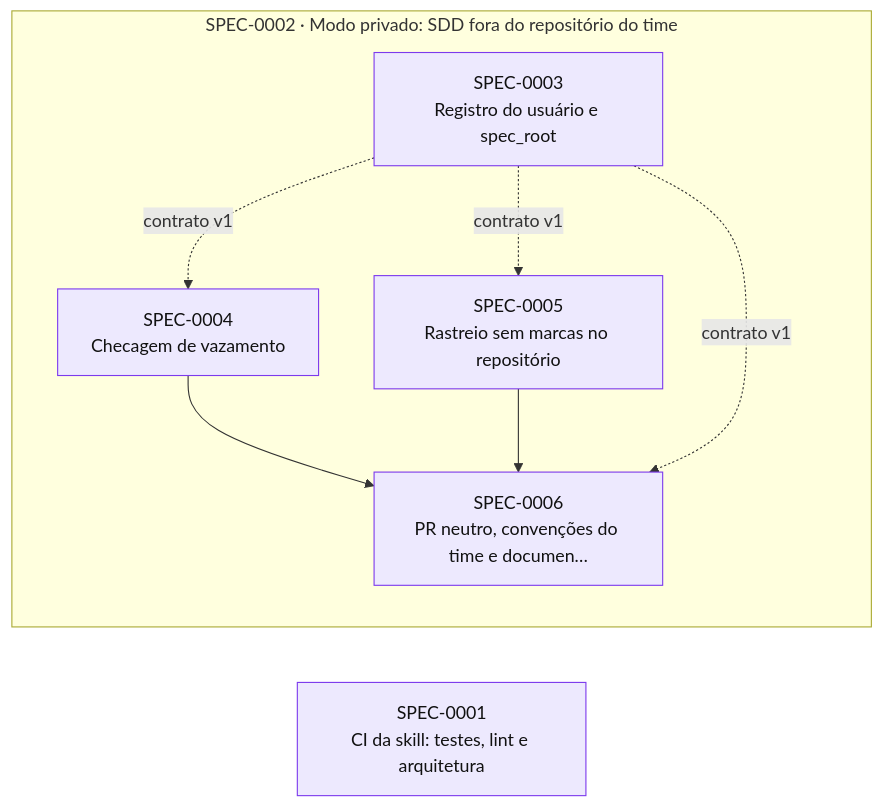
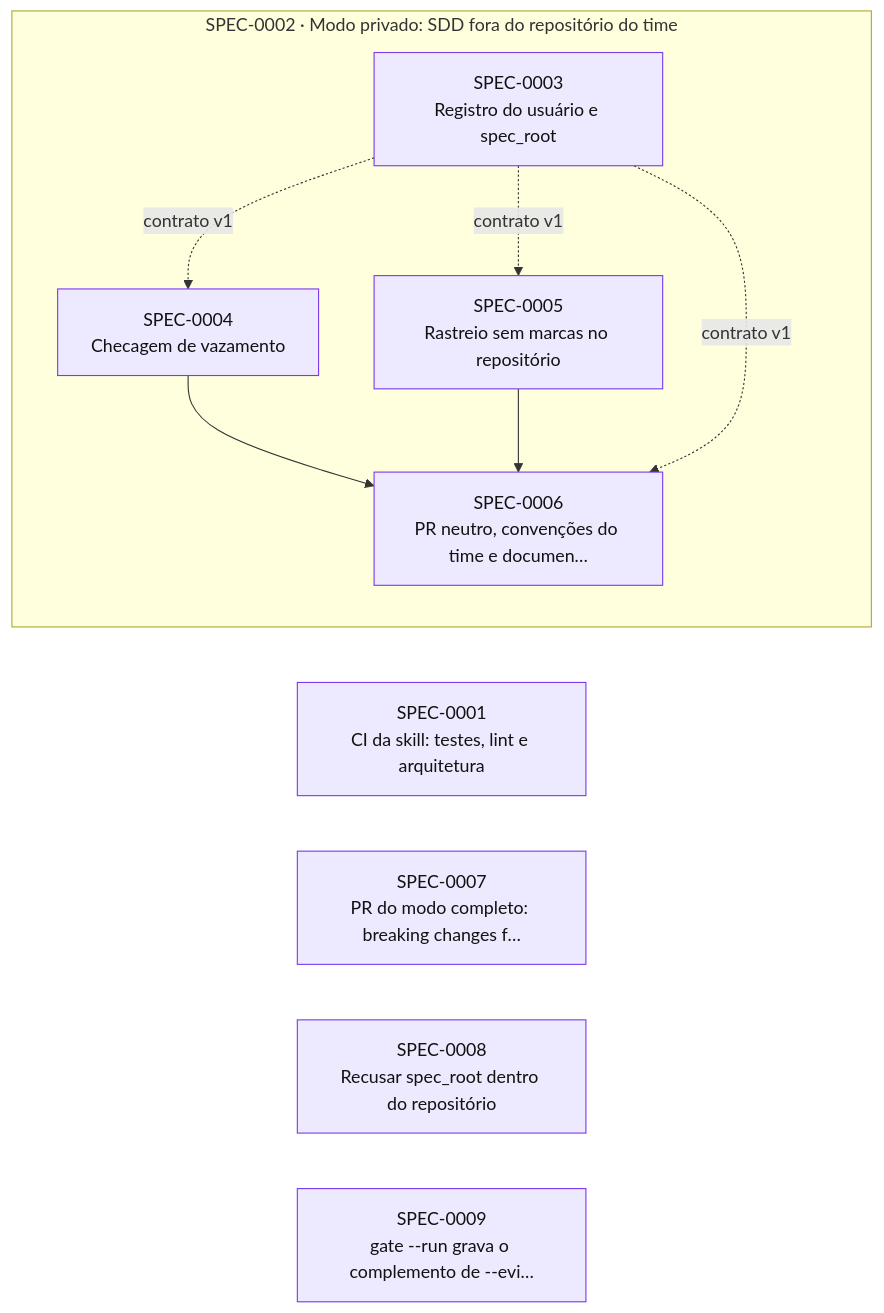
The diagram in docs/specs/INDEX.md (thomasravache/ai-dev-brain), drawn with Mermaid before and after one commit. The commit also changed other lines of this file, not shown here.

First line of the commit message:
docs(specs): índice após as correções SPEC-0007, 0008 e 0009

````diff
--- a/docs/specs/INDEX.md
+++ b/docs/specs/INDEX.md
@@ -55,20 +58,23 @@
 ```mermaid
 flowchart LR
   S0001["SPEC-0001<br/>CI da skill: testes, lint e arquitetura"]:::inprogress
+  S0007["SPEC-0007<br/>PR do modo completo: breaking changes f…"]:::inprogress
+  S0008["SPEC-0008<br/>Recusar spec_root dentro do repositório"]:::inprogress
+  S0009["SPEC-0009<br/>gate --run grava o complemento de --evi…"]:::inprogress
   subgraph E0002["SPEC-0002 · Modo privado: SDD fora do repositório do time"]
     S0003["SPEC-0003<br/>Registro do usuário e spec_root"]:::inprogress
     S0004["SPEC-0004<br/>Checagem de vazamento"]:::inprogress
     S0005["SPEC-0005<br/>Rastreio sem marcas no repositório"]:::inprogress
     S0006["SPEC-0006<br/>PR neutro, convenções do time e documen…"]:::inprogress
   end
   S0003 -. contrato v1 .-> S0004
   S0003 -. contrato v1 .-> S0005
   S0004 --> S0006
   S0005 --> S0006
   S0003 -. contrato v1 .-> S0006
   classDef proposed fill:#fef3c7,stroke:#d97706,color:#111
   classDef approved fill:#dbeafe,stroke:#2563eb,color:#111
   classDef inprogress fill:#ede9fe,stroke:#7c3aed,color:#111
   classDef implemented fill:#dcfce7,stroke:#16a34a,color:#111
   classDef deprecated fill:#f3f4f6,stroke:#9ca3af,color:#6b7280
 ```
````
